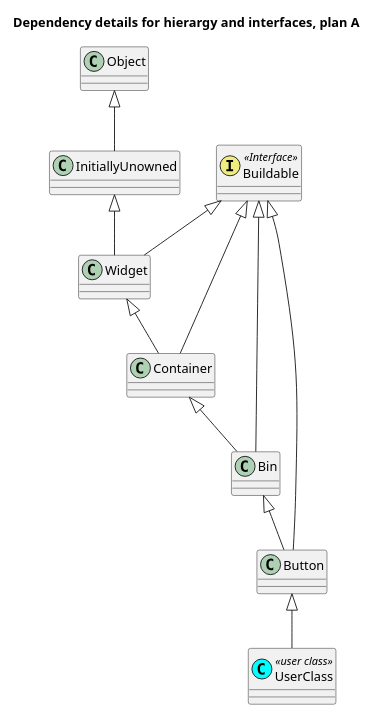
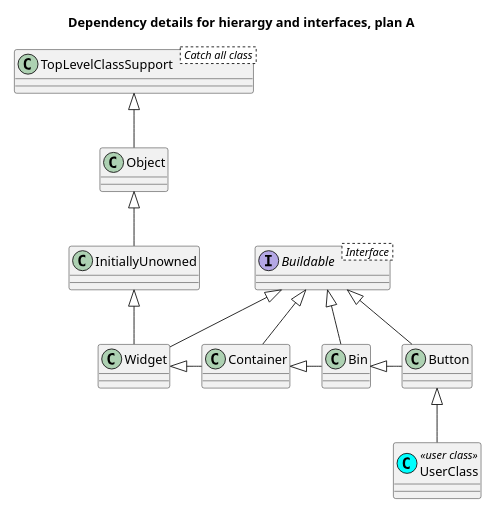
Before and after one commit to MARTIMM/gnome-gtk3: the first of 4 diagrams in Design-docs/Design.md, drawn with PlantUML. The commit also changed other lines of this file and 1 other file, not shown here.

````diff
--- a/Design-docs/Design.md
+++ b/Design-docs/Design.md
@@ -137,22 +137,22 @@
 ```plantuml
 scale 0.7
 title Dependency details for hierargy and interfaces, plan A
 
-'class TopLevelClassSupport << (C, #efad00) catch all class >>
+class TopLevelClassSupport < Catch all class >
 class UserClass << (C, #00ffff) user class >>
-class Buildable << (I, #efed80) Interface >>
+interface Buildable < Interface >
 
 Buildable <|-- Widget
 Buildable <|-- Container
 Buildable <|-- Bin
 Buildable <|-- Button
 
-'TopLevelClassSupport <|-- Object
+TopLevelClassSupport <|-- Object
 Object <|-- InitiallyUnowned
 InitiallyUnowned <|-- Widget
-Widget <|-- Container
-Container <|-- Bin
-Bin <|-- Button
+Widget <|- Container
+Container <|- Bin
+Bin <|- Button
 Button <|-- UserClass
 
 ```
````
